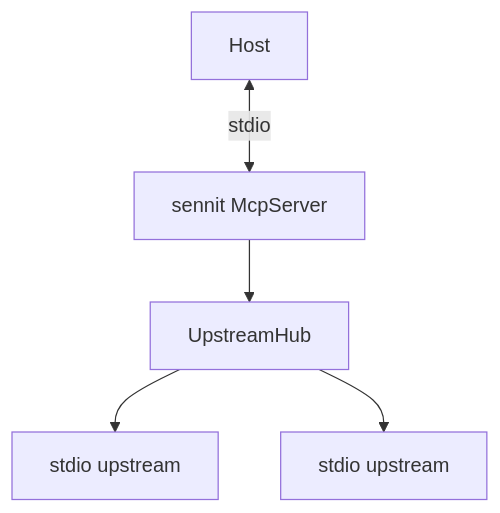
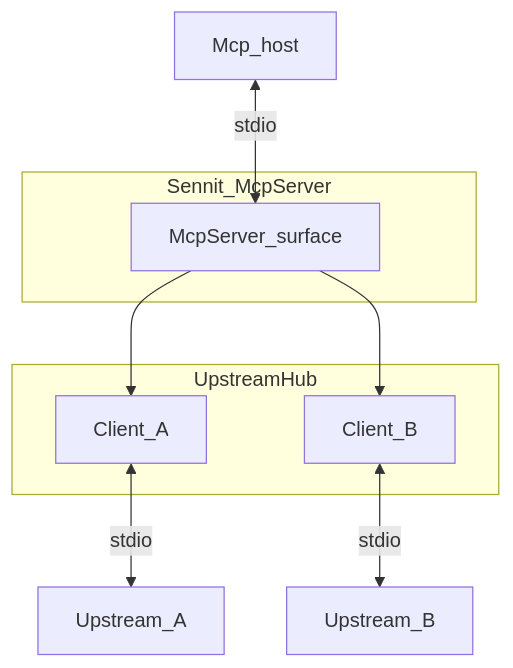
Before and after one commit to Alphabetsoup16/sennit: the diagram in src/aggregator/README.md, drawn with Mermaid. The commit also changed other lines of this file and 69 other files, not shown here.

````diff
--- a/src/aggregator/README.md
+++ b/src/aggregator/README.md
@@ -5,10 +5,22 @@
 ```mermaid
 flowchart TB
-  host[Host]
-  sennit[sennit McpServer]
-  hub[UpstreamHub]
-  host <-->|stdio| sennit
-  sennit --> hub
-  hub --> u1[stdio upstream]
-  hub --> u2[stdio upstream]
+  host[Mcp_host]
+
+  subgraph facade [Sennit_McpServer]
+    mcp[McpServer_surface]
+  end
+
+  subgraph hub [UpstreamHub]
+    c1[Client_A]
+    c2[Client_B]
+  end
+
+  p1[Upstream_A]
+  p2[Upstream_B]
+
+  host <-->|stdio| mcp
+  mcp --> c1
+  mcp --> c2
+  c1 <-->|stdio| p1
+  c2 <-->|stdio| p2
 ```
````
